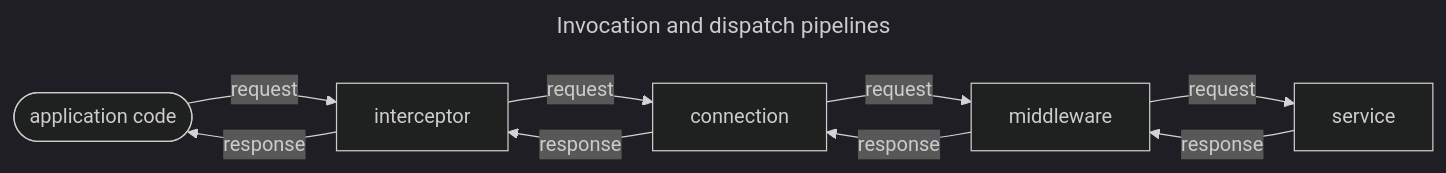
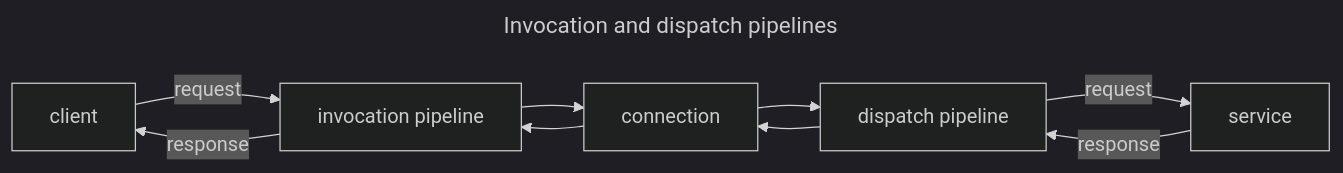
Before and after one commit to icerpc/icerpc-csharp: the diagram in README.md, drawn with Mermaid (dark theme). The commit also changed other lines of this file, not shown here.

````diff
--- a/README.md
+++ b/README.md
@@ -77,10 +77,8 @@
 ```mermaid
 ---
 title: Invocation and dispatch pipelines
 ---
 flowchart LR
-    app([application code]) -- request --> interceptor -- request --> connection
-    connection -- response --> interceptor -- response --> app
-    connection -- request --> middleware -- request --> service
-    service -- response --> middleware -- response --> connection
+    client -- request --> ip[invocation pipeline] --> connection --> ip -- response --> client
+    connection --> dp[dispatch pipeline] -- request --> service -- response --> dp --> connection
 ```
````
